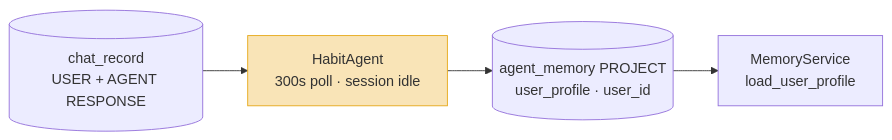
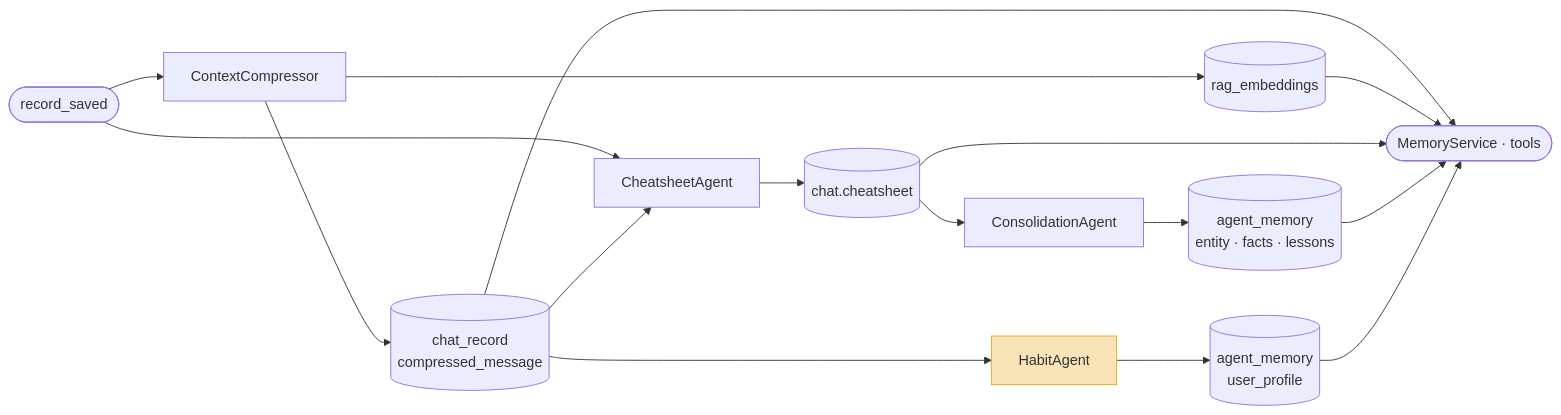
One commit to wiedersehne/Ida-arch changed the first of 2 diagrams in habit_agent.md. Above: the diagram before and after it, drawn with Mermaid.

````diff
--- a/habit_agent.md
+++ b/habit_agent.md
@@ -19,11 +19,28 @@
 ```mermaid
 flowchart LR
-    CR[("chat_record\nUSER + AGENT RESPONSE")]
-    HA["HabitAgent\n300s poll · session idle"]
-    UP[("agent_memory PROJECT\nuser_profile · user_id")]
-    MS["MemoryService\nload_user_profile"]
+    RS(["record_saved"])
 
-    CR --> HA --> UP --> MS
+    CC["ContextCompressor"]
+    CSA["CheatsheetAgent"]
+    CONS["ConsolidationAgent"]
+    HA["HabitAgent"]
+
+    CR[("chat_record\ncompressed_message")]
+    RAG[("rag_embeddings")]
+    CS[("chat.cheatsheet")]
+    AM[("agent_memory\nentity · facts · lessons")]
+    UP[("agent_memory\nuser_profile")]
+
+    MS(["MemoryService · tools"])
+
+    RS --> CC & CSA
+    CC --> CR & RAG
+    CR --> CSA & HA
+    CSA --> CS
+    CS --> CONS
+    CONS --> AM
+    HA --> UP
+    CR & RAG & CS & AM & UP --> MS
 
     style HA fill:#f9e4b7,stroke:#e6a817
 ```
````
